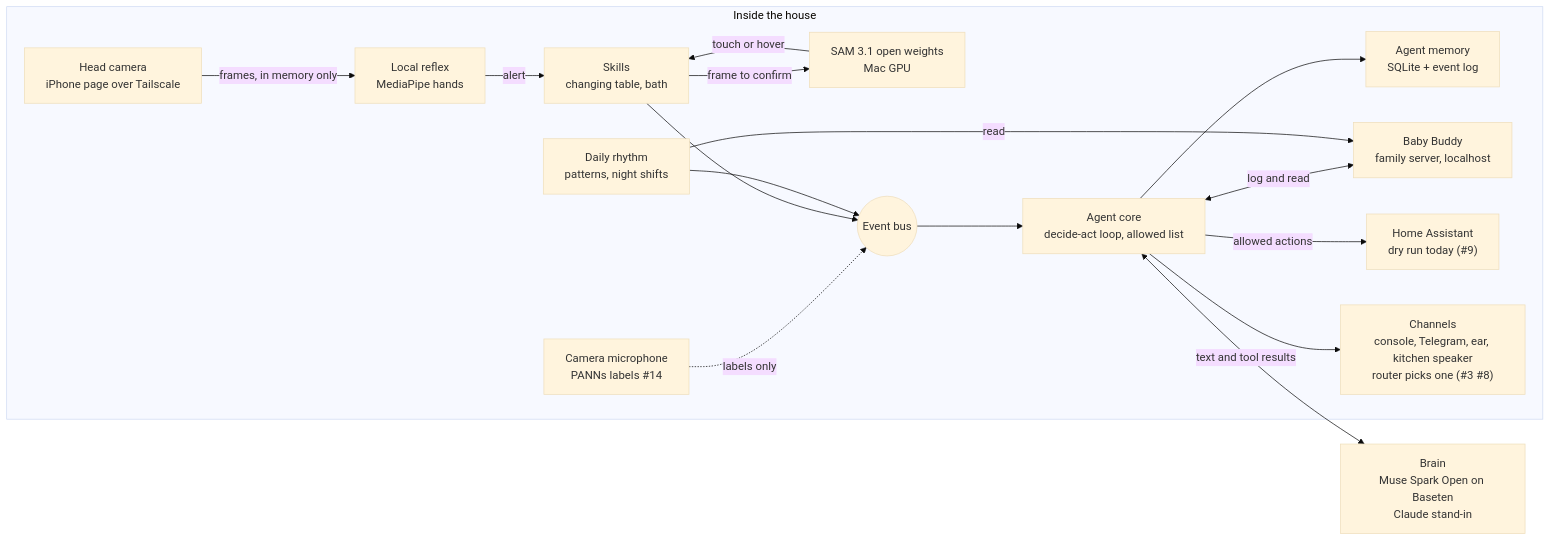
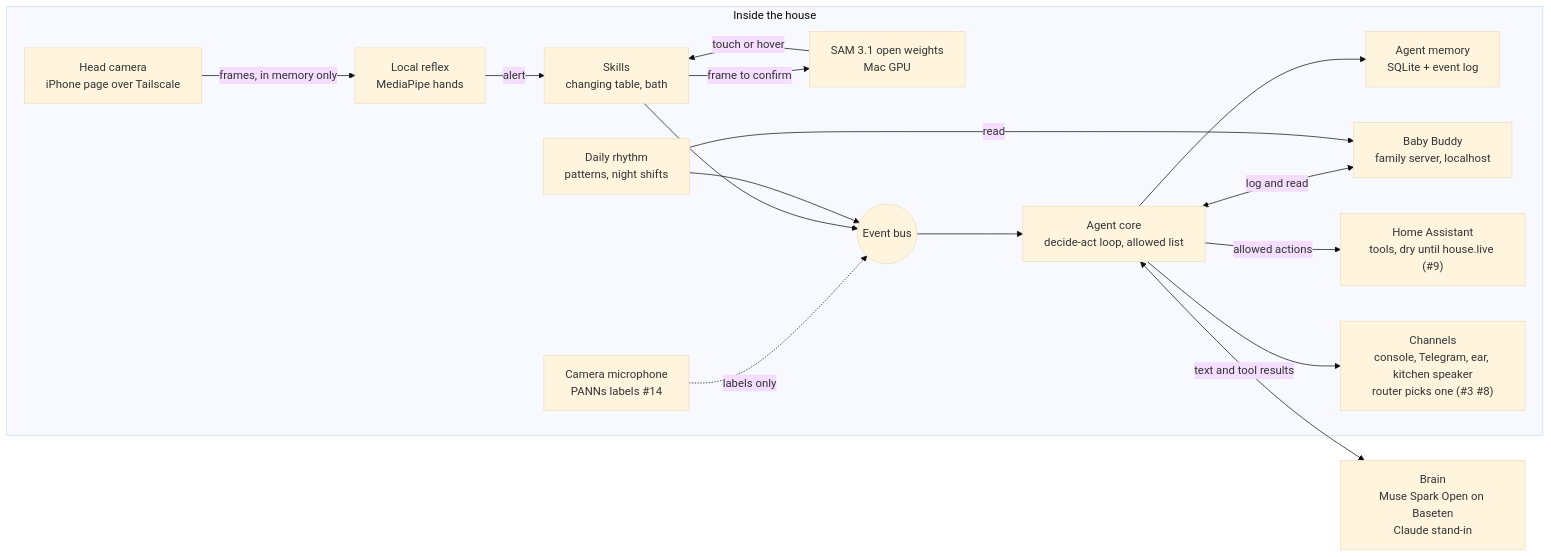
One commit to gonzalomelov/theos-house changed the diagram in docs/architecture.md. Above: the diagram before and after it, drawn with Mermaid (base theme). The commit also changed other lines of this file and 5 other files, not shown here.

First line of the commit message:
feat(house): Home Assistant tools behind the policy, dry until house.live (#9)

````diff
--- a/docs/architecture.md
+++ b/docs/architecture.md
@@ -5,33 +5,33 @@
 ```mermaid
 flowchart LR
   subgraph House["Inside the house"]
     cam["Head camera<br/>iPhone page over Tailscale"]
     mic["Camera microphone<br/>PANNs labels #14"]
     reflex["Local reflex<br/>MediaPipe hands"]
     sam["SAM 3.1 open weights<br/>Mac GPU"]
     bus(("Event bus"))
     core["Agent core<br/>decide-act loop, allowed list"]
     mem["Agent memory<br/>SQLite + event log"]
     bb["Baby Buddy<br/>family server, localhost"]
     rhythm["Daily rhythm<br/>patterns, night shifts"]
     skills["Skills<br/>changing table, bath"]
-    ha["Home Assistant<br/>dry run today (#9)"]
+    ha["Home Assistant<br/>tools, dry until house.live (#9)"]
     chan["Channels<br/>console, Telegram, ear, kitchen speaker<br/>router picks one (#3 #8)"]
   end
   brain["Brain<br/>Muse Spark Open on Baseten<br/>Claude stand-in"]
 
   cam -->|frames, in memory only| reflex
   reflex -->|alert| skills
   skills -->|frame to confirm| sam
   sam -->|touch or hover| skills
   mic -.->|labels only| bus
   skills --> bus
   rhythm --> bus
   bus --> core
   core <-->|text and tool results| brain
   core --> mem
   core <-->|log and read| bb
   rhythm -->|read| bb
   core -->|allowed actions| ha
   core --> chan
 ```
````
